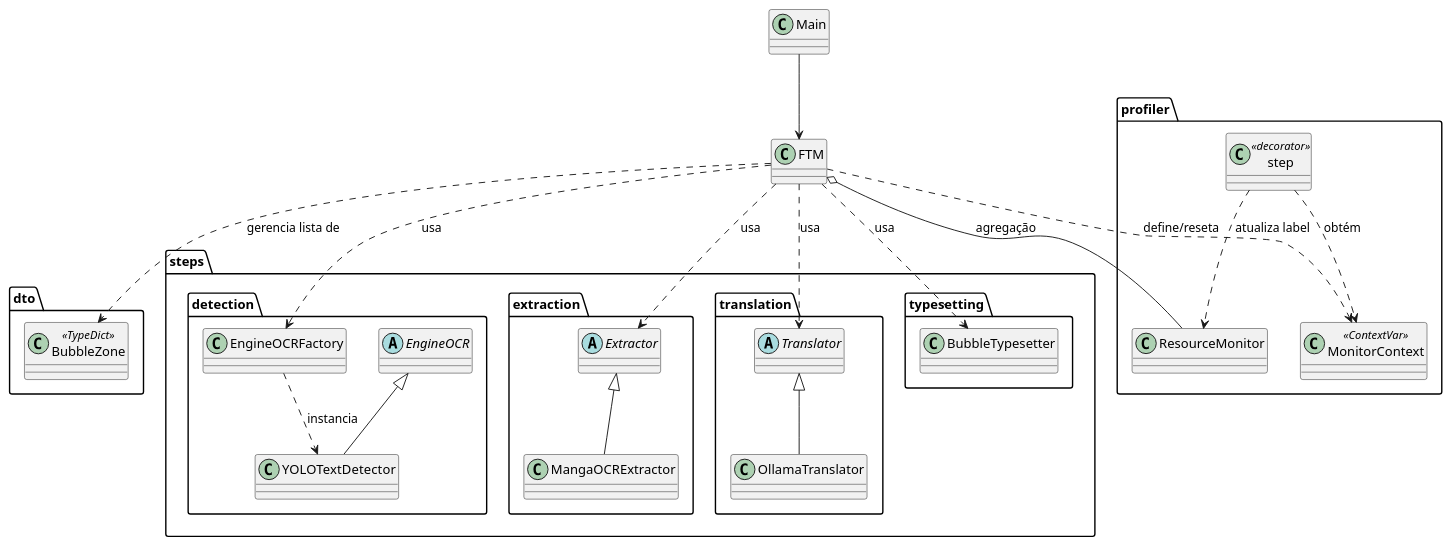
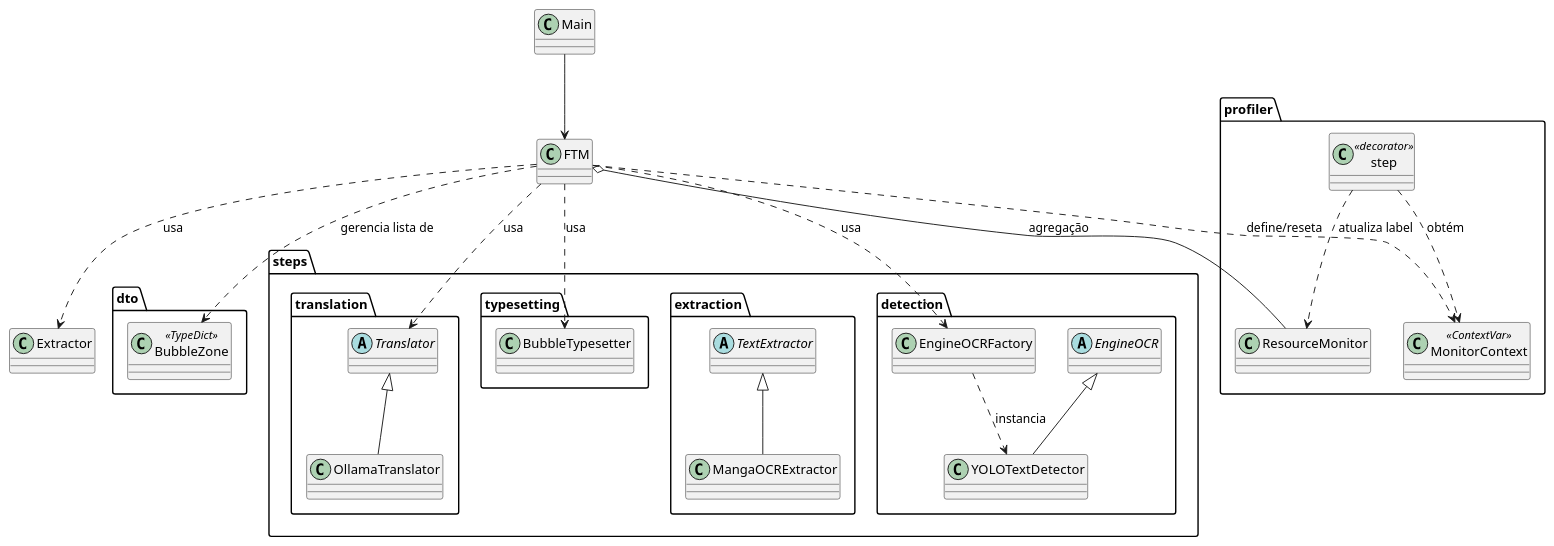
Before and after one commit to Chipskein/ftm: the diagram in benchmarks/diagrams/class-refactor.pu, drawn with PlantUML. The commit also changed 2 other files, not shown here.

```diff
--- a/benchmarks/diagrams/class-refactor.pu
+++ b/benchmarks/diagrams/class-refactor.pu
@@ -1,57 +1,57 @@
 @startuml
 
 class Main
 class FTM
 
 package "profiler" {
     class ResourceMonitor
     class MonitorContext <<ContextVar>>
     class step <<decorator>>
 }
 
 package "dto" {
     class BubbleZone <<TypeDict>>
 }
 
 package "steps" {
     package "detection" {
         abstract class EngineOCR
         class EngineOCRFactory
         class YOLOTextDetector extends EngineOCR
     }
 
     package "extraction" {
-        abstract class Extractor
-        class MangaOCRExtractor extends Extractor
+        abstract class TextExtractor
+        class MangaOCRExtractor extends TextExtractor
     }
 
     package "translation" {
         abstract class Translator
         class OllamaTranslator extends Translator
     }
 
     package "typesetting" {
         class BubbleTypesetter
     }
 }
 
 
 ' Relações de Orquestração
 Main --> FTM
 FTM o-- ResourceMonitor : agregação
 FTM ..> MonitorContext : define/reseta
 FTM ..> BubbleZone : gerencia lista de
 
 ' Relações de Profiling
 step ..> MonitorContext : obtém
 step ..> ResourceMonitor : atualiza label
 
 ' Relações de Execução (Dependency Injection/Usage)
 FTM ..> EngineOCRFactory : usa
 FTM ..> Extractor : usa
 FTM ..> Translator : usa
 FTM ..> BubbleTypesetter : usa
 
 EngineOCRFactory ..> YOLOTextDetector : instancia
 
 @enduml
```
